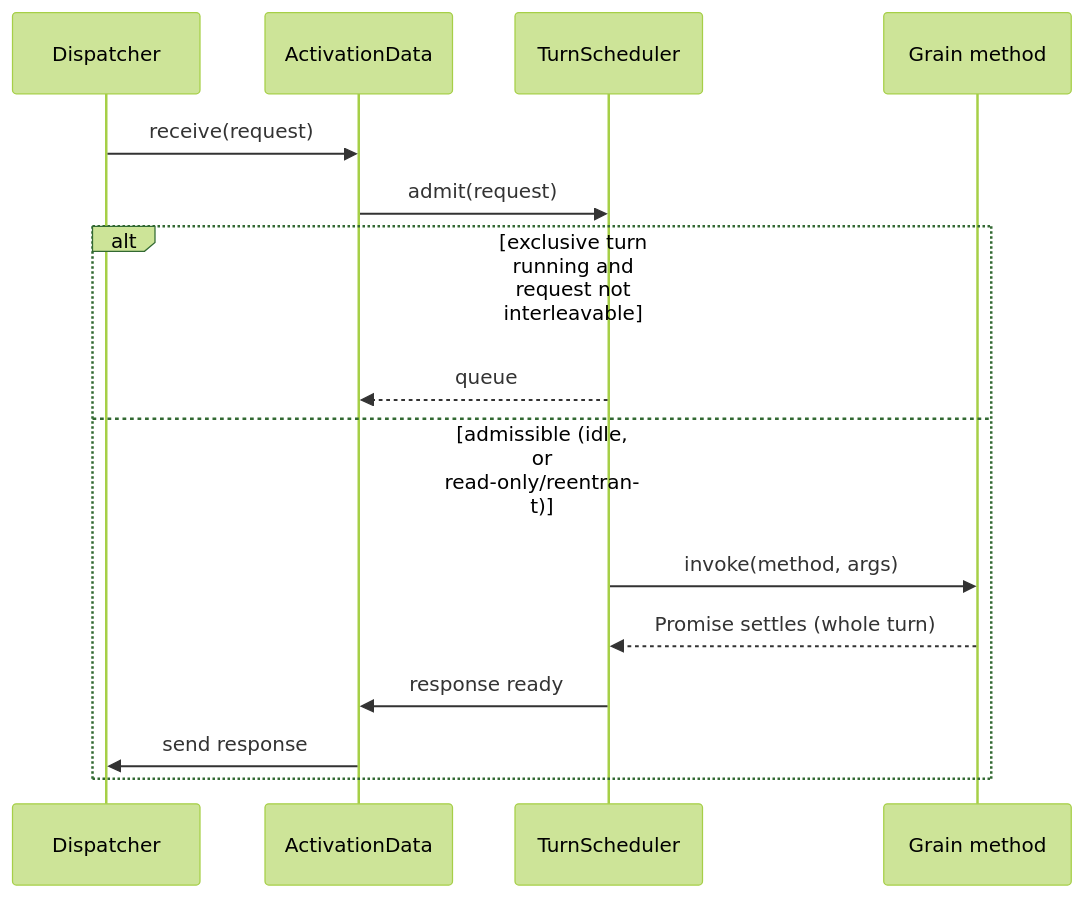
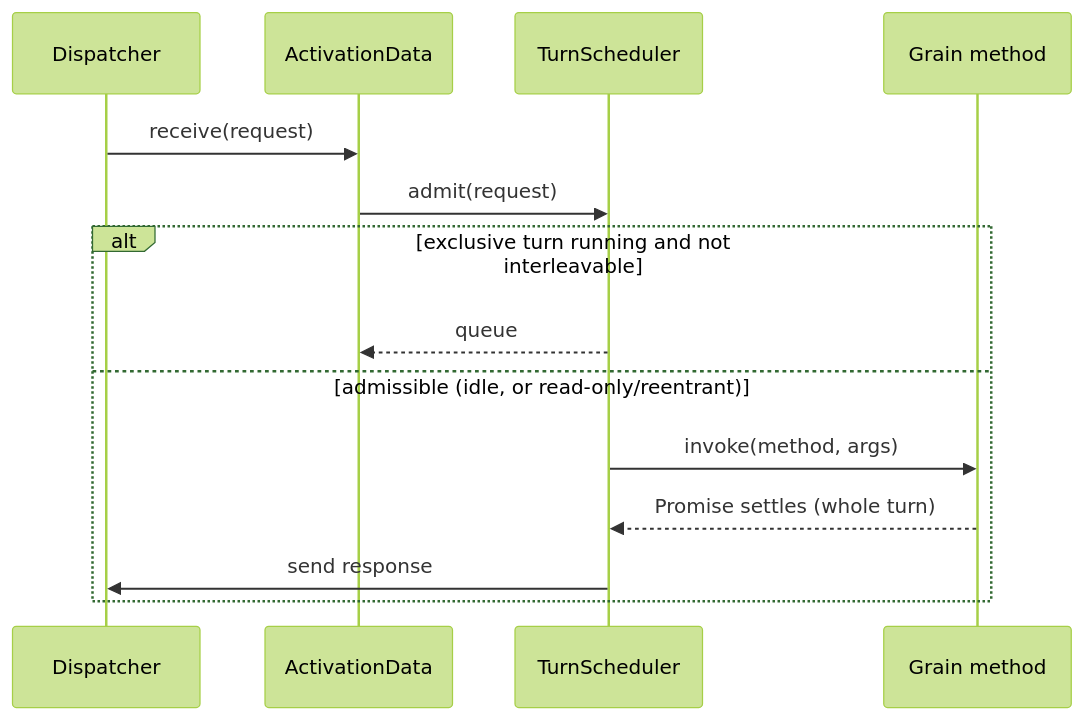
One commit to dave-hillier-co/thresh changed the second of 2 diagrams in docs/03-runtime-and-silo.md. Above: the diagram before and after it, drawn with Mermaid (forest theme). The commit also changed other lines of this file and 7 other files, not shown here.

````diff
--- a/docs/03-runtime-and-silo.md
+++ b/docs/03-runtime-and-silo.md
@@ -95,18 +57,16 @@
 ```mermaid
 sequenceDiagram
     participant Disp as Dispatcher
     participant Act as ActivationData
     participant Sch as TurnScheduler
     participant Grn as Grain method
-
     Disp->>Act: receive(request)
     Act->>Sch: admit(request)
-    alt exclusive turn running and request not interleavable
+    alt exclusive turn running and not interleavable
         Sch-->>Act: queue
     else admissible (idle, or read-only/reentrant)
         Sch->>Grn: invoke(method, args)
         Grn-->>Sch: Promise settles (whole turn)
-        Sch->>Act: response ready
-        Act->>Disp: send response
+        Sch->>Disp: send response
     end
 ```
````
